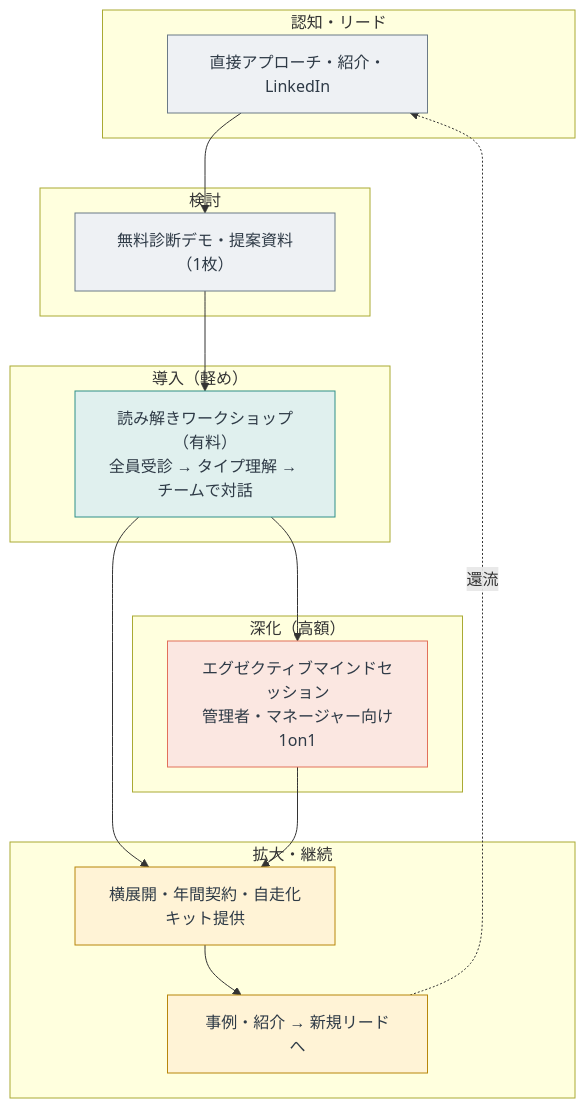
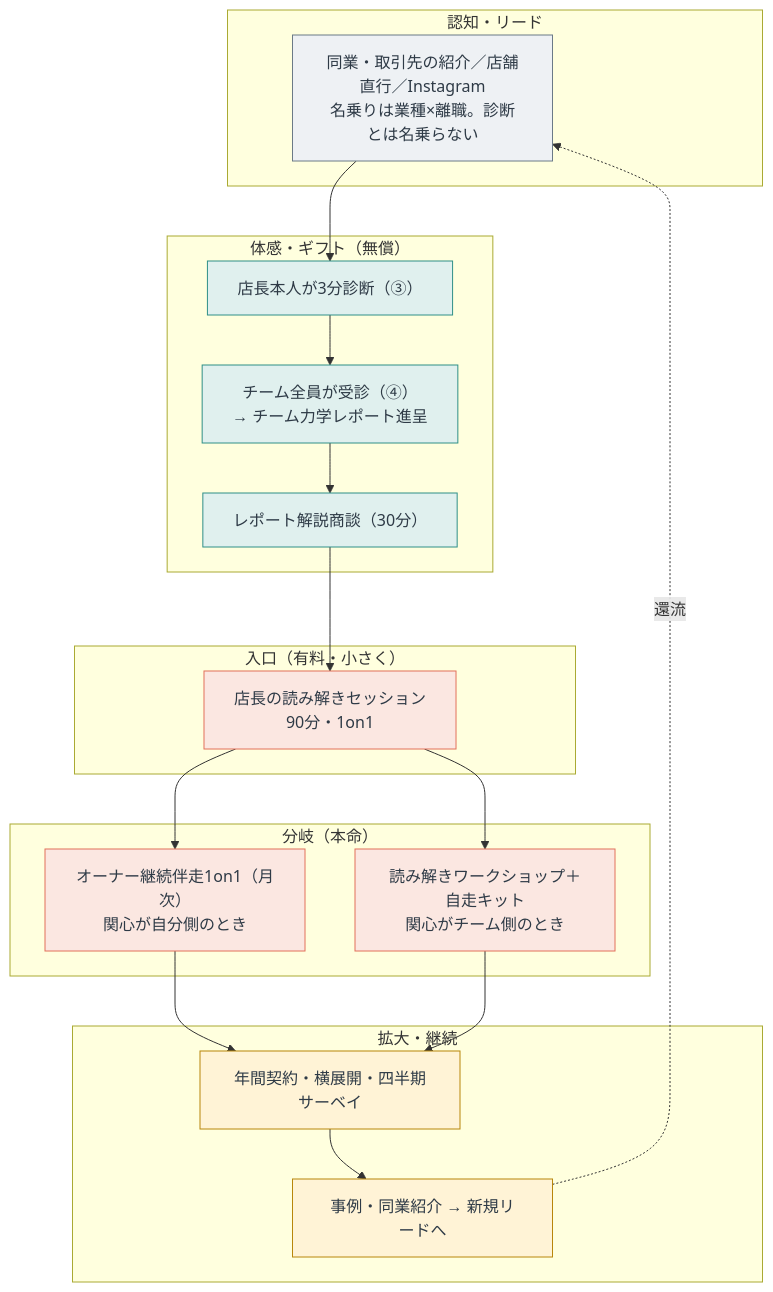
One commit to yuki-b4/work-relation-quiz changed the second of 4 diagrams in ファネル図.md. Above: the diagram before and after it, drawn with Mermaid. The commit also changed other lines of this file and 3 other files, not shown here.

````diff
--- a/ファネル図.md
+++ b/ファネル図.md
@@ -66,31 +71,36 @@
 ```mermaid
 flowchart TD
   subgraph BACQ["認知・リード"]
-    B1["直接アプローチ・紹介・LinkedIn"]
+    B1["同業・取引先の紹介／店舗直行／Instagram<br/>名乗りは業種×離職。診断とは名乗らない"]
   end
-  subgraph BCON["検討"]
-    B2["無料診断デモ・提案資料（1枚）"]
+  subgraph BCON["体感・ギフト（無償）"]
+    B2["店長本人が3分診断（③）"]
+    B3["チーム全員が受診（④）<br/>→ チーム力学レポート進呈"]
+    B4["レポート解説商談（30分）"]
   end
-  subgraph BLAND["導入（軽め）"]
-    B3["読み解きワークショップ（有料）<br/>全員受診 → タイプ理解 → チームで対話"]
+  subgraph BLAND["入口（有料・小さく）"]
+    B5["店長の読み解きセッション<br/>90分・1on1"]
   end
-  subgraph BPREM["深化（高額）"]
-    B4["エグゼクティブマインドセッション<br/>管理者・マネージャー向け1on1"]
+  subgraph BPREM["分岐（本命）"]
+    B6["オーナー継続伴走1on1（月次）<br/>関心が自分側のとき"]
+    B7["読み解きワークショップ＋自走キット<br/>関心がチーム側のとき"]
   end
   subgraph BEXP["拡大・継続"]
-    B5["横展開・年間契約・自走化キット提供"]
-    B6["事例・紹介 → 新規リードへ"]
+    B8["年間契約・横展開・四半期サーベイ"]
+    B9["事例・同業紹介 → 新規リードへ"]
   end
 
-  B1 --> B2 --> B3 --> B4
-  B3 --> B5
-  B4 --> B5
+  B1 --> B2 --> B3 --> B4 --> B5
   B5 --> B6
-  B6 -.->|"還流"| B1
+  B5 --> B7
+  B6 --> B8
+  B7 --> B8
+  B8 --> B9
+  B9 -.->|"還流"| B1
 
   classDef acq fill:#EEF1F4,stroke:#6B7A87,color:#2E3A46;
   classDef con fill:#E0F0EE,stroke:#2F8F88,color:#2E3A46;
   classDef prem fill:#FBE7E1,stroke:#E2705A,color:#2E3A46;
   classDef exp fill:#FFF3D6,stroke:#B8860B,color:#2E3A46;
-  class B1,B2 acq; class B3 con; class B4 prem; class B5,B6 exp;
+  class B1 acq; class B2,B3,B4 con; class B5,B6,B7 prem; class B8,B9 exp;
 ```
````
